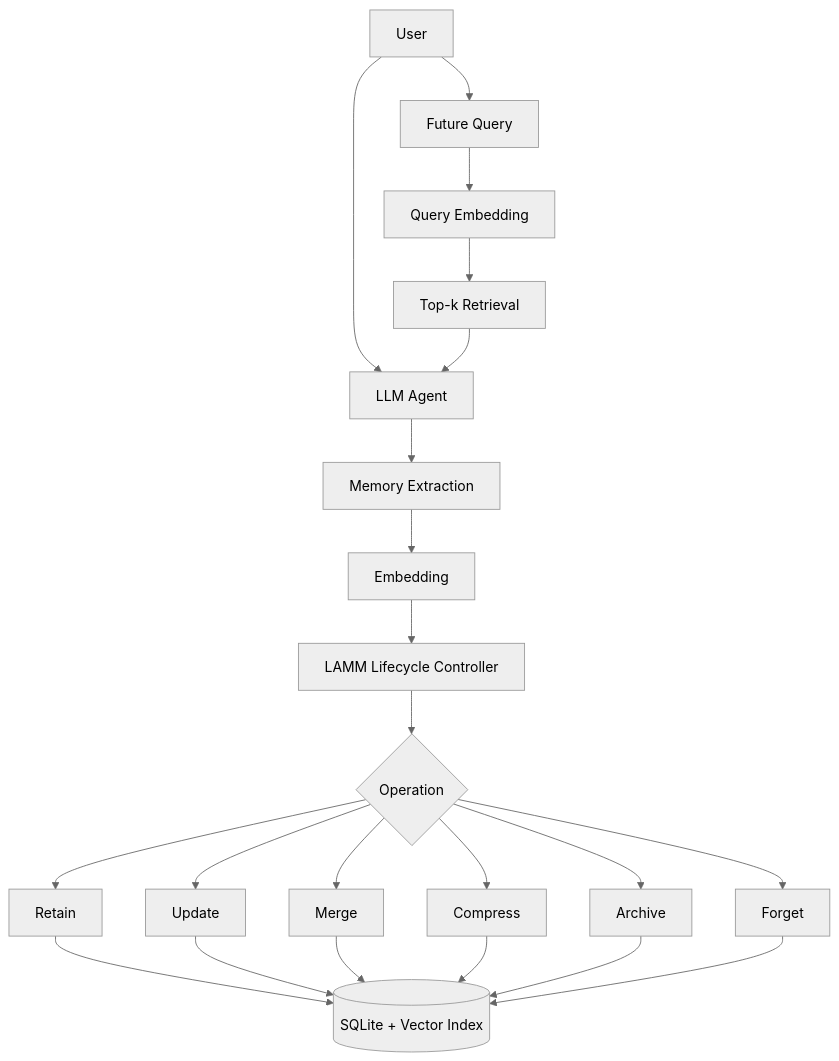
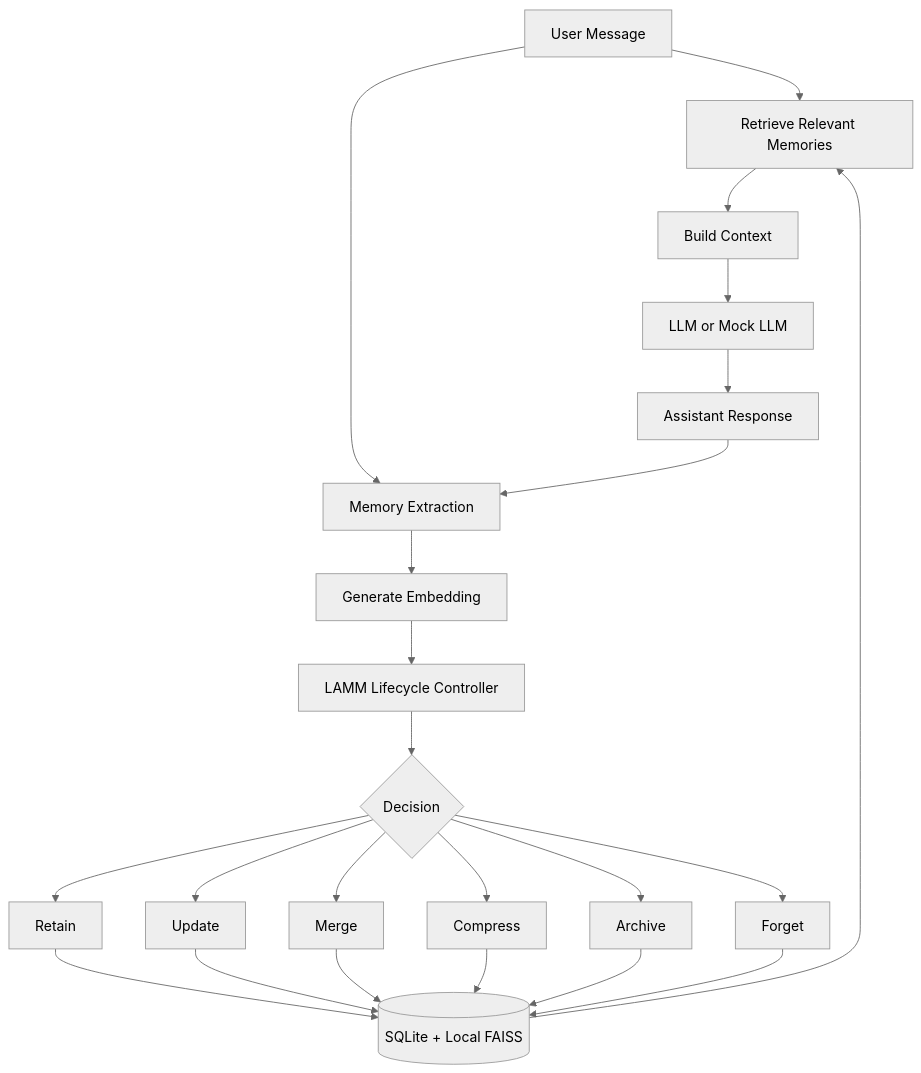
Before and after one commit to srikar2908/LAMM_Long_Term_Memory: the diagram in README.md, drawn with Mermaid (neutral theme). The commit also changed other lines of this file and 11 other files, not shown here.

````diff
--- a/README.md
+++ b/README.md
@@ -33,24 +83,25 @@
 ```mermaid
 flowchart TD
-    U[User] --> A[LLM Agent]
-    A --> E[Memory Extraction]
-    E --> EMB[Embedding]
-    EMB --> C[LAMM Lifecycle Controller]
-    C --> O{Operation}
-    O --> R[Retain]
-    O --> UP[Update]
-    O --> M[Merge]
-    O --> CP[Compress]
-    O --> AR[Archive]
-    O --> F[Forget]
-    R --> S[(SQLite + Vector Index)]
-    UP --> S
-    M --> S
-    CP --> S
-    AR --> S
-    F --> S
-    U --> Q[Future Query]
-    Q --> V[Query Embedding]
-    V --> RET[Top-k Retrieval]
-    RET --> A
+    U[User Message] --> R[Retrieve Relevant Memories]
+    R --> C[Build Context]
+    C --> L[LLM or Mock LLM]
+    L --> RESP[Assistant Response]
+    U --> E[Memory Extraction]
+    RESP --> E
+    E --> EMB[Generate Embedding]
+    EMB --> LC[LAMM Lifecycle Controller]
+    LC --> D{Decision}
+    D --> RETAIN[Retain]
+    D --> UPDATE[Update]
+    D --> MERGE[Merge]
+    D --> COMPRESS[Compress]
+    D --> ARCHIVE[Archive]
+    D --> FORGET[Forget]
+    RETAIN --> S[(SQLite + Local FAISS)]
+    UPDATE --> S
+    MERGE --> S
+    COMPRESS --> S
+    ARCHIVE --> S
+    FORGET --> S
+    S --> R
 ```
````
